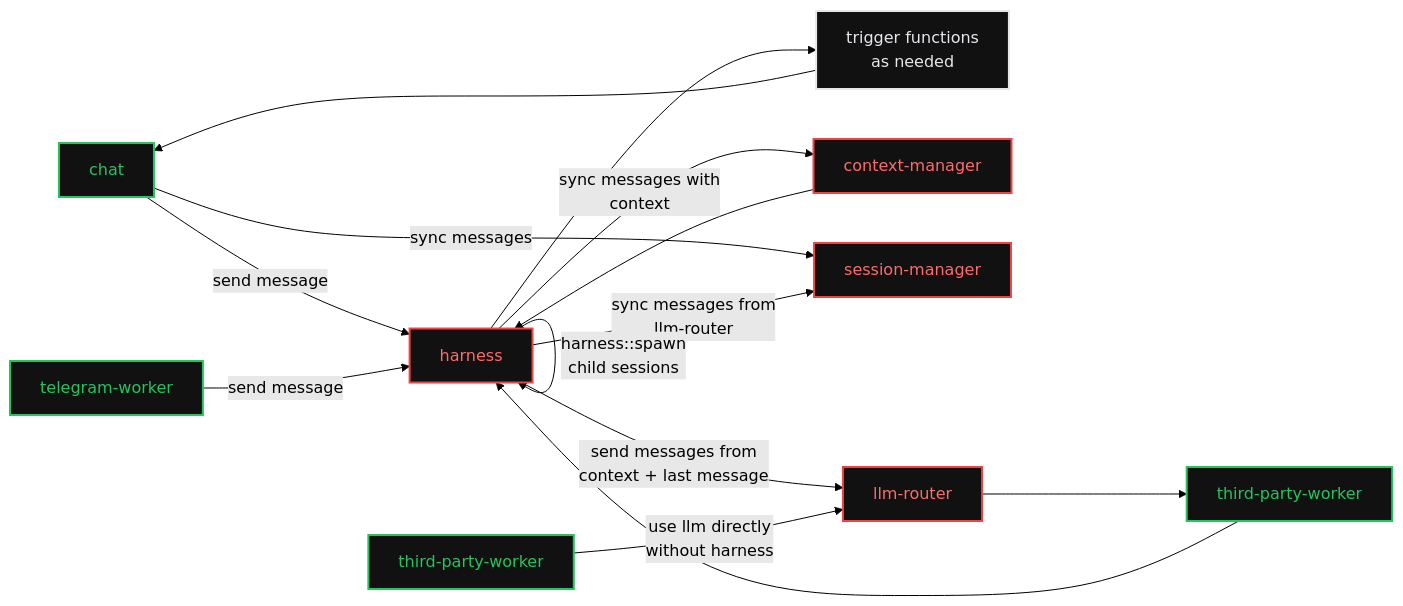
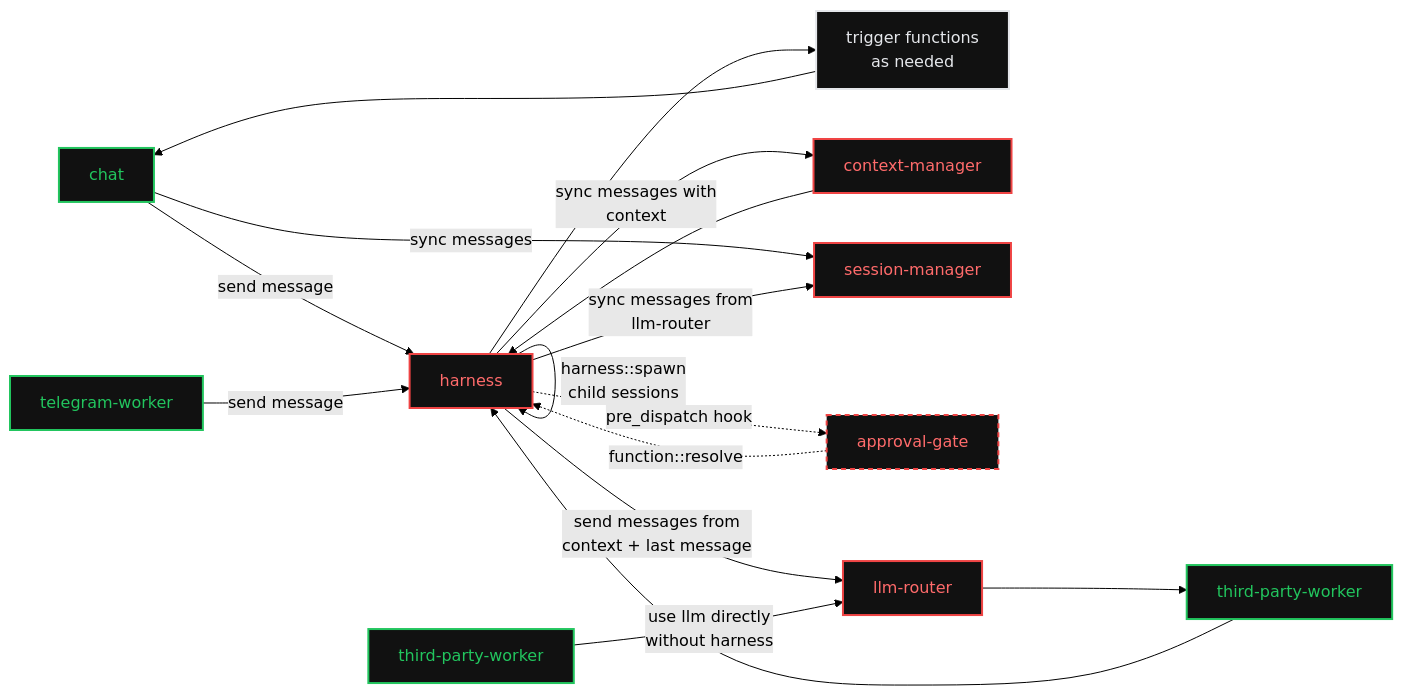
Before and after one commit to iii-hq/workers: the diagram in tech-specs/2026-06-agentic/README.md, drawn with Mermaid (forest theme). The commit also changed other lines of this file and 2 other files, not shown here.

Commit message:
chore: adding approval gate and improvements to harness hooks

````diff
--- a/tech-specs/2026-06-agentic/README.md
+++ b/tech-specs/2026-06-agentic/README.md
@@ -14,50 +14,57 @@
 ```mermaid
 flowchart LR
   %% Nodes
   chat["chat"]
   tg["telegram-worker"]
   funcs["trigger functions<br/>as needed"]
   ctx["context-manager"]
   harness["harness"]
   session["session-manager"]
   tpTop["third-party-worker"]
   router["llm-router"]
   tpBottom["third-party-worker"]
+  gate["approval-gate"]
 
   %% Chat flow
   chat -->|"send message"| harness
   chat -->|"sync messages"| session
 
   %% Telegram flow
   tg -->|"send message"| harness
 
   %% Harness orchestration
   harness -->|"sync messages with<br/>context"| ctx
   ctx --> harness
 
   harness -->|"sync messages from<br/>llm-router"| session
 
   %% Function trigger
   harness --> funcs
   funcs --> chat
 
   %% Sub-agents (spawn/join)
   harness -->|"harness::spawn<br/>child sessions"| harness
 
+  %% Optional approval sibling (pre_dispatch hook + resolve)
+  harness -.->|"pre_dispatch hook"| gate
+  gate -.->|"function::resolve"| harness
+
   %% LLM routing
   harness -->|"send messages from<br/>context + last message"| router
 
   %% Workers
   tpTop --> harness
   tpBottom -->|"use llm directly<br/>without harness"| router
   router --> tpTop
 
   %% Styling
   classDef green fill:#111,stroke:#22c55e,color:#22c55e,stroke-width:2px;
   classDef red fill:#111,stroke:#ef4444,color:#ff6b6b,stroke-width:2px;
   classDef white fill:#111,stroke:#e5e7eb,color:#e5e7eb,stroke-width:2px;
+  classDef sibling fill:#111,stroke:#ef4444,color:#ff6b6b,stroke-width:2px,stroke-dasharray:5 4;
 
   class chat,tg,tpTop,tpBottom green;
   class ctx,harness,session,router red;
   class funcs white;
+  class gate sibling;
 ```
````
